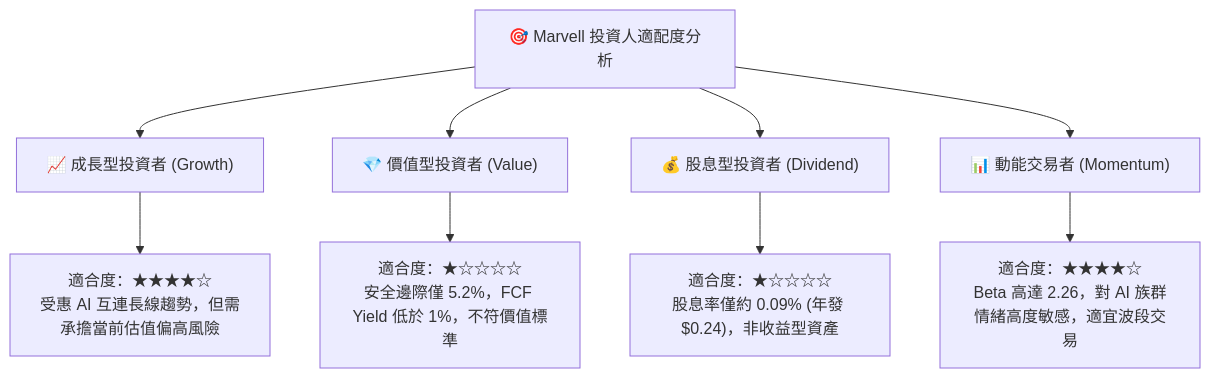
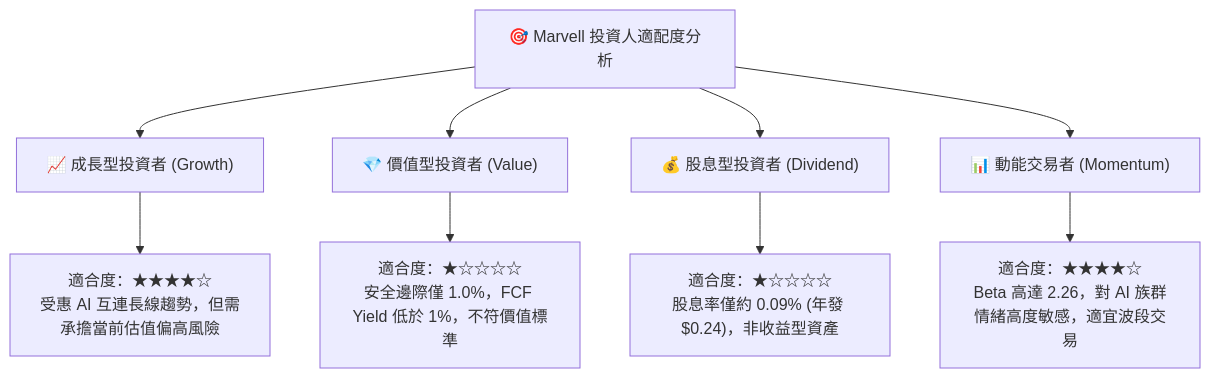
Diagram 15 of 15 in ai_gen_report/fundamental/mrvl/fundamental_analysis_2026-10-11_gemini.md (yennanliu/finance_data), drawn with Mermaid before and after one commit. The commit also changed other lines of this file and 339 other files, not shown here.

````diff
--- a/ai_gen_report/fundamental/mrvl/fundamental_analysis_2026-10-11_gemini.md
+++ b/ai_gen_report/fundamental/mrvl/fundamental_analysis_2026-10-11_gemini.md
@@ -1094,14 +1109,14 @@
 ```mermaid
 graph TD
     INV["🎯 Marvell 投資人適配度分析"]
 
     INV --> G["📈 成長型投資者 (Growth)"]
     INV --> V["💎 價值型投資者 (Value)"]
     INV --> D["💰 股息型投資者 (Dividend)"]
     INV --> T["📊 動能交易者 (Momentum)"]
 
     G --> G1["適合度：★★★★☆<br/>受惠 AI 互連長線趨勢，但需承擔當前估值偏高風險"]
-    V --> V1["適合度：★☆☆☆☆<br/>安全邊際僅 5.2%，FCF Yield 低於 1%，不符價值標準"]
+    V --> V1["適合度：★☆☆☆☆<br/>安全邊際僅 1.0%，FCF Yield 低於 1%，不符價值標準"]
     D --> D1["適合度：★☆☆☆☆<br/>股息率僅約 0.09% (年發 $0.24)，非收益型資產"]
     T --> T1["適合度：★★★★☆<br/>Beta 高達 2.26，對 AI 族群情緒高度敏感，適宜波段交易"]
 ```
````
